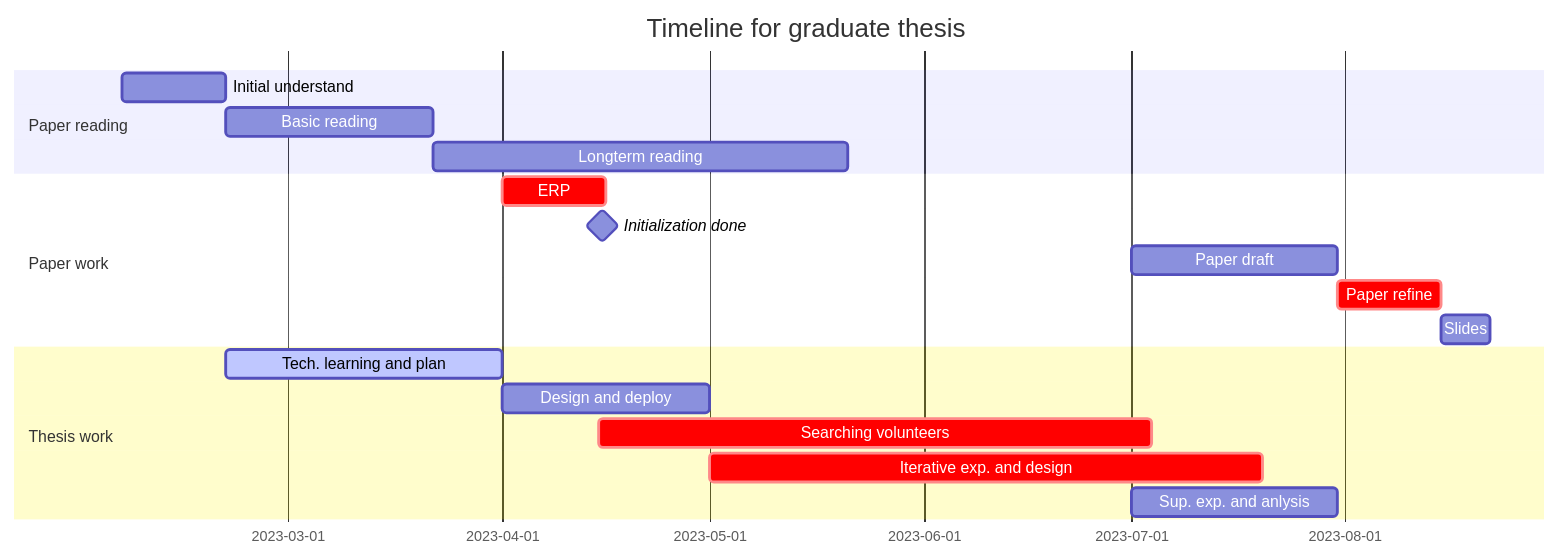
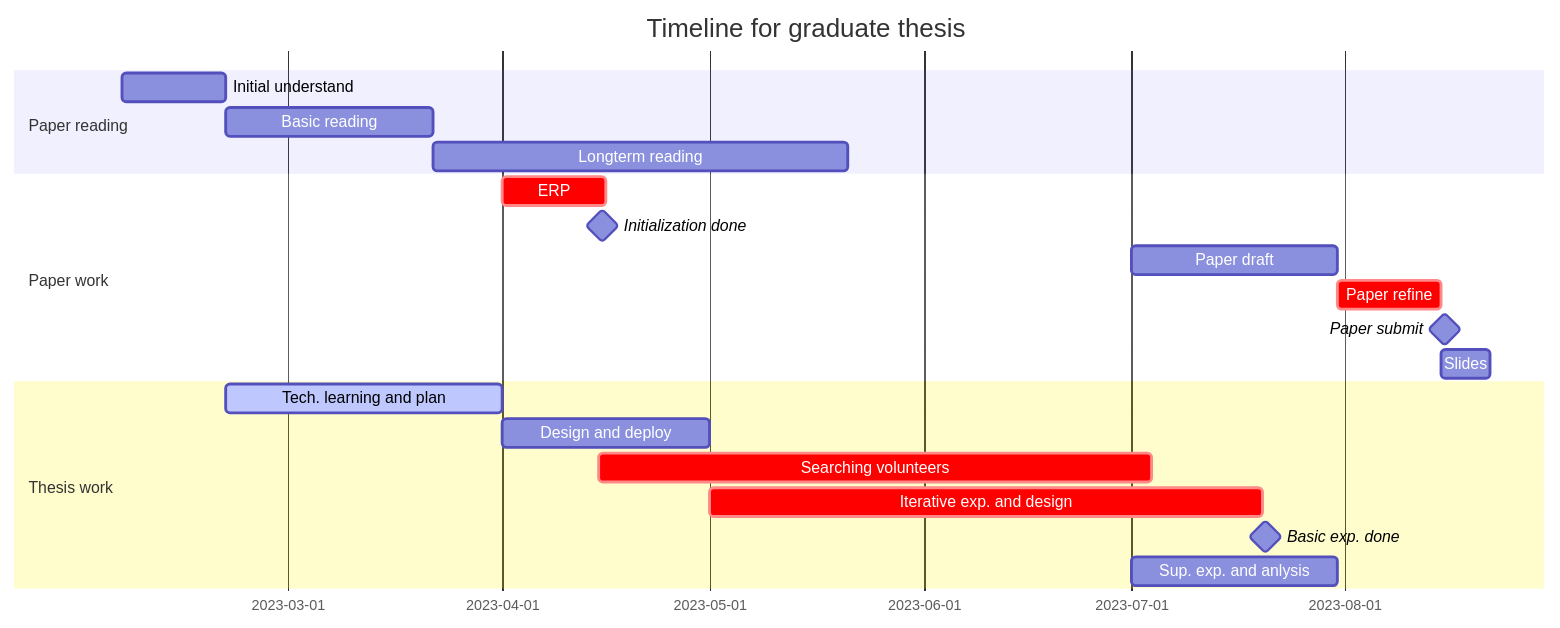
One commit to hinczhang/GraduteThesis_Master changed the diagram in README.md. Above: the diagram before and after it, drawn with Mermaid.

````diff
--- a/README.md
+++ b/README.md
@@ -5,21 +5,23 @@
 ```mermaid
 gantt
     title Timeline for graduate thesis
     dateFormat  YYYY-MM-DD
     section Paper reading
         Initial understand              : a1, 2023-02-05, 15d
         Basic reading                   : a2, after a1, 30d
         Longterm reading                : a3, after a2, 60d
     section Paper work
         ERP                             : crit, b1, 2023-04-01, 15d
         Initialization done             : milestone, m1, 2023-04-15, 1d
         Paper draft                     : b2, 2023-07-01, 30d
         Paper refine                    : crit, b3, after b2, 15d
+        Paper submit                    : milestone, m2, after b3, 1d
         Slides                          : b4, after b3, 7d
     section Thesis work
         Tech. learning and plan         : active, c1, after a1, 40d
         Design and deploy               : c2, after c1, 30d
         Searching volunteers            : crit, c3, 2023-04-15, 80d
         Iterative exp. and design       : crit, c4, after c2, 80d
+        Basic exp. done                 : milestone, m3, 2023-07-20, 1d
         Sup. exp. and anlysis           : c5, 2023-07-01, 30d
 ```
````
